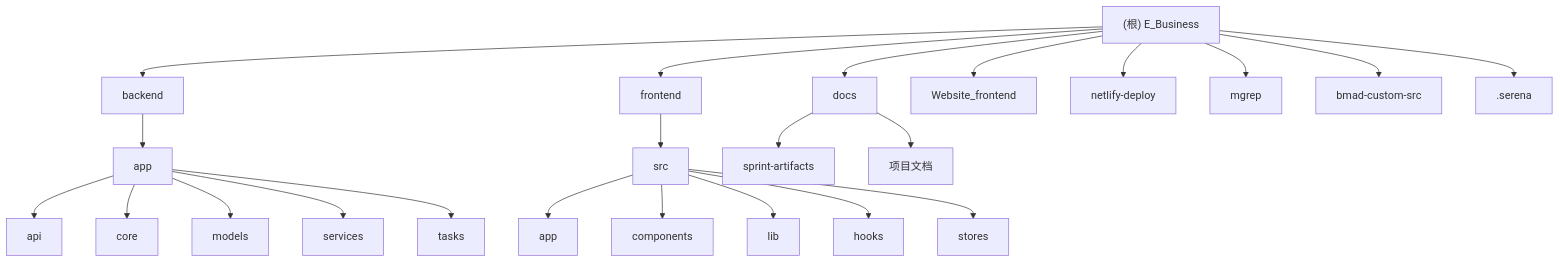
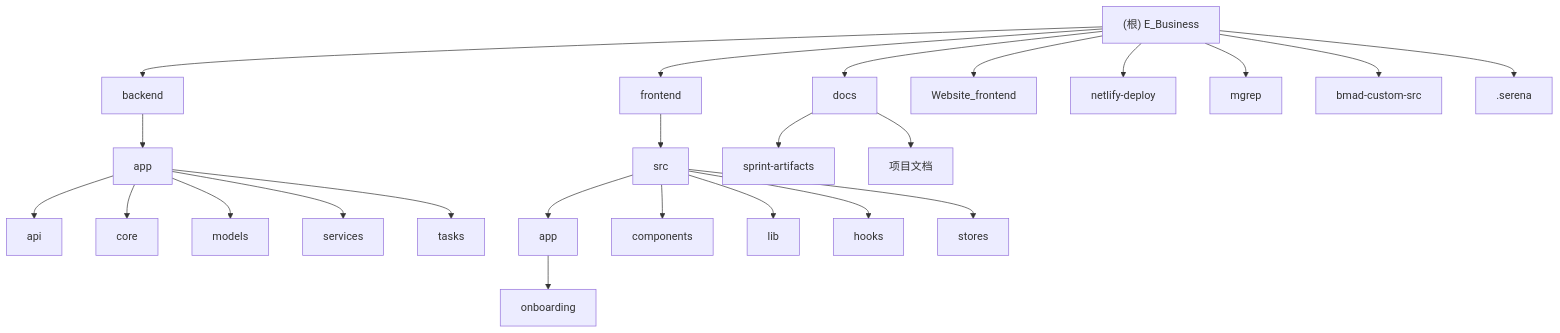
Before and after one commit to ZenoWangzy/E_Business: the second of 2 diagrams in CLAUDE.md, drawn with Mermaid. The commit also changed other lines of this file and 35 other files, not shown here.

````diff
--- a/CLAUDE.md
+++ b/CLAUDE.md
@@ -130,35 +131,37 @@
 ```mermaid
 graph TD
     A["(根) E_Business"] --> B["backend"];
     A --> C["frontend"];
     A --> D["docs"];
     A --> E["Website_frontend"];
     A --> F["netlify-deploy"];
     A --> G["mgrep"];
     A --> H["bmad-custom-src"];
     A --> I[".serena"];
 
     B --> J["app"];
     J --> K["api"];
     J --> L["core"];
     J --> M["models"];
     J --> N["services"];
     J --> O["tasks"];
 
     C --> P["src"];
     P --> Q["app"];
     P --> R["components"];
     P --> S["lib"];
     P --> T["hooks"];
     P --> U["stores"];
 
     D --> V["sprint-artifacts"];
     D --> W["项目文档"];
 
+    Q --> X["onboarding"];
+
     click B "./backend/CLAUDE.md" "查看 backend 模块文档"
     click C "./frontend/CLAUDE.md" "查看 frontend 模块文档"
     click D "./docs/CLAUDE.md" "查看 docs 模块文档"
     click E "./Website_frontend/CLAUDE.md" "查看 Website_frontend 模块文档"
     click F "./netlify-deploy/CLAUDE.md" "查看 netlify-deploy 模块文档"
     click G "./mgrep/README.md" "查看 mgrep 模块文档"
 ```
````
